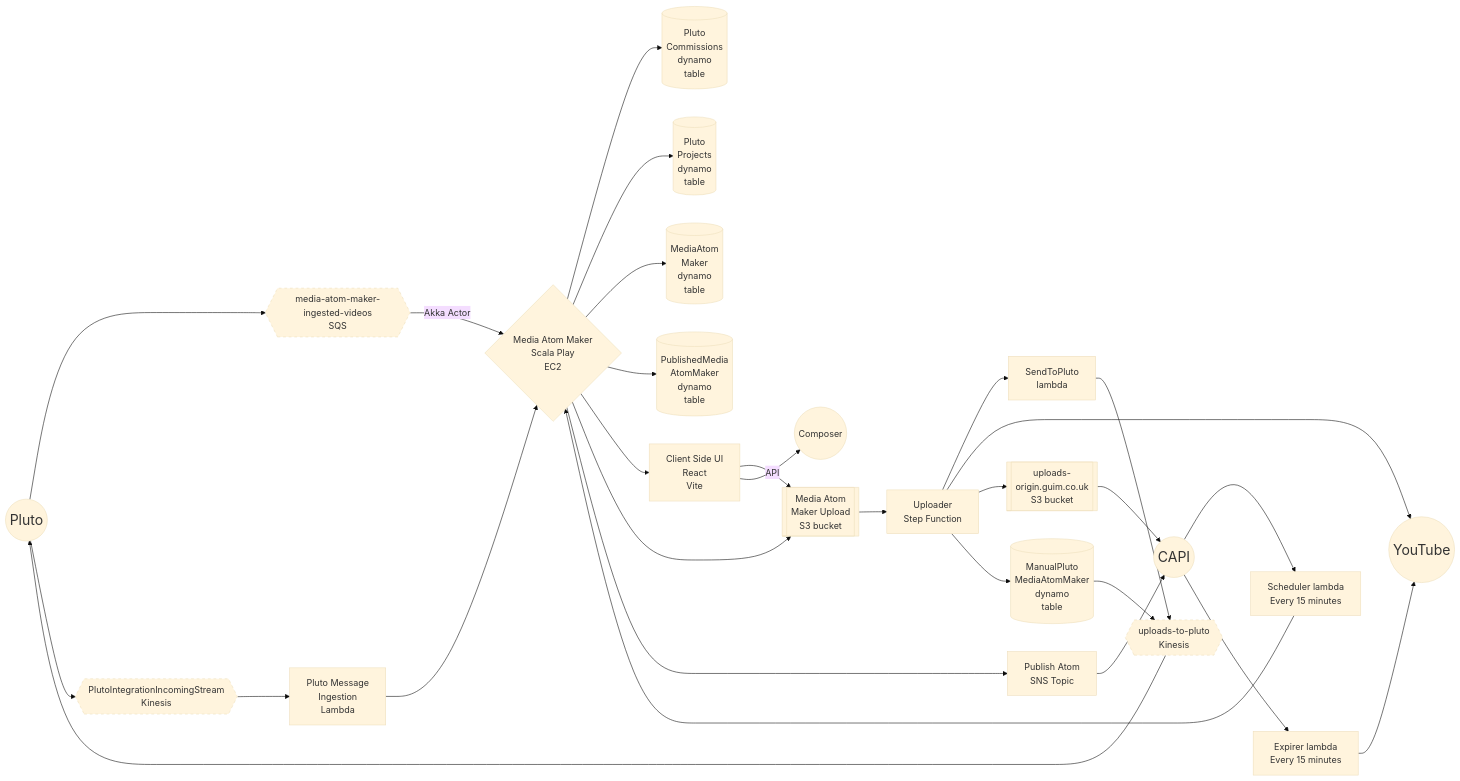
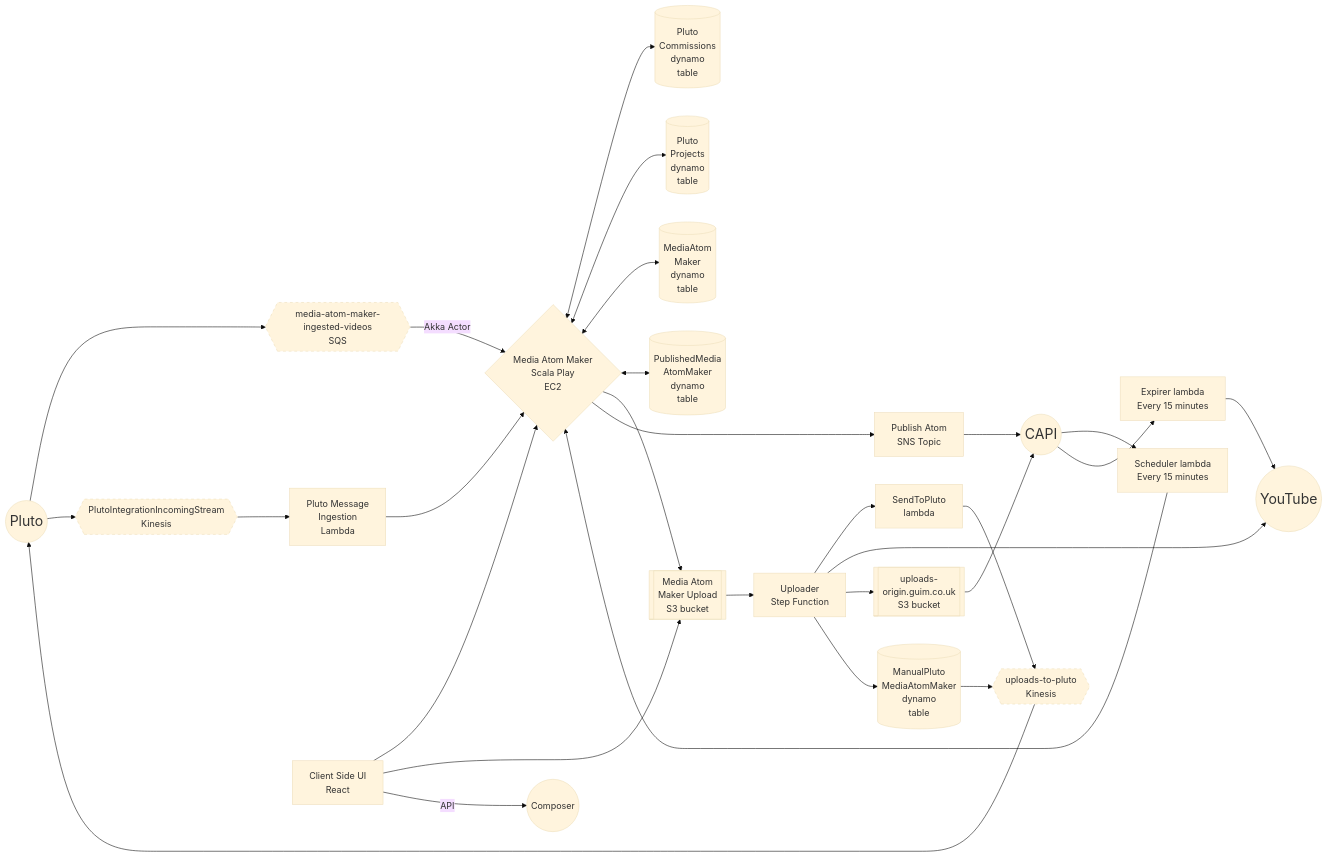
Before and after one commit to guardian/media-atom-maker: the diagram in docs/10-architecture.md, drawn with Mermaid (base theme). The commit also changed other lines of this file, not shown here.

Commit message:
Add detail to architecture documentation

````diff
--- a/docs/10-architecture.md
+++ b/docs/10-architecture.md
@@ -4,62 +5,44 @@
 ```mermaid
 graph LR
-    Pluto((Pluto)):::External
-    YouTube((YouTube)):::External
-    CAPI((CAPI)):::External
-    Composer((Composer))
-
-    uploads-to-pluto{{uploads-to-pluto<br/>Kinesis}}:::Stream
-    media-atom-maker-ingested-videos{{media-atom-maker-ingested-videos<br/>SQS}}:::Stream
-    PlutoIntegrationIncomingStream{{PlutoIntegrationIncomingStream<br/>Kinesis}}:::Stream
-
-    uploads-to-pluto --> Pluto
-    Pluto --> media-atom-maker-ingested-videos
-    Pluto --> PlutoIntegrationIncomingStream
-
-    SendToPluto[SendToPluto<br/>lambda] --> uploads-to-pluto
-
-    media-atom-maker-ingested-videos --> |Akka Actor| MediaAtomMaker{Media Atom Maker<br/>Scala Play<br/>EC2}
-
-    PlutoIntegrationIncomingStream --> PlutoMessage[Pluto Message<br/>Ingestion<br/>Lambda]
-
-    PlutoMessage --> MediaAtomMaker
-
-    MediaAtomMaker --> PlutoCommissions[(Pluto<br/>Commissions<br/>dynamo<br/>table)]
-    MediaAtomMaker --> PlutoProjects[(Pluto<br/>Projects<br/>dynamo<br/>table)]
-    MediaAtomMaker --> MediaAtomMakerProd[(MediaAtom<br/>Maker<br/>dynamo<br/>table)]
-    MediaAtomMaker --> PublishedMedia[(PublishedMedia<br/>AtomMaker<br/>dynamo<br/>table)]
-
-    MediaAtomMaker --> ClientSide[Client Side UI<br/>React<br/>Vite]
-    MediaAtomMaker --> MediaAtomMakerUpload[[Media Atom<br/>Maker Upload<br/>S3 bucket]]
-
-    ClientSide --> MediaAtomMakerUpload
-    ClientSide --> |API| Composer
-
-    MediaAtomMakerUpload --> Uploader
-
-    Uploader[Uploader<br/>Step Function]
-    Uploader --> SendToPluto
-    Uploader --> YouTube
-    Uploader --> UploadsOrigin[[uploads-<br/>origin.guim.co.uk<br/>S3 bucket]]
-    Uploader --> ManualPluto[(ManualPluto<br/>MediaAtomMaker<br/>dynamo<br/>table)]
-    ManualPluto --> uploads-to-pluto
-
-    UploadsOrigin --> CAPI
-
-    MediaAtomMaker --> PublishAtom[Publish Atom<br/>SNS Topic]
-
-    Scheduler[Scheduler lambda<br/>Every 15 minutes]
-    Scheduler --> MediaAtomMaker
-    CAPI --> Scheduler
-
-    PublishAtom --> CAPI
-
-
-    Expirer[Expirer lambda<br/>Every 15 minutes]
-
-    CAPI --> Expirer
-    Expirer --> YouTube
-
-    classDef External padding:50px, width:200px, font-size:25px
-    classDef Stream stroke-dasharray: 5 5
+  Pluto((Pluto)):::External
+  YouTube((YouTube)):::External
+  CAPI((CAPI)):::External
+  Composer((Composer))
+  uploads-to-pluto{{uploads-to-pluto<br/>Kinesis}}:::Stream
+  media-atom-maker-ingested-videos{{media-atom-maker-ingested-videos<br/>SQS}}:::Stream
+  PlutoIntegrationIncomingStream{{PlutoIntegrationIncomingStream<br/>Kinesis}}:::Stream
+  uploads-to-pluto --> Pluto
+  Pluto --> media-atom-maker-ingested-videos
+  Pluto --> PlutoIntegrationIncomingStream
+  SendToPluto[SendToPluto<br/>lambda] --> uploads-to-pluto
+  media-atom-maker-ingested-videos -->|Akka Actor| MediaAtomMaker{Media Atom Maker<br/>Scala Play<br/>EC2}
+  PlutoIntegrationIncomingStream --> PlutoMessage[Pluto Message<br/>Ingestion<br/>Lambda]
+  PlutoMessage --> MediaAtomMaker
+  MediaAtomMaker <--> PlutoCommissions[(Pluto<br/>Commissions<br/>dynamo<br/>table)]
+  MediaAtomMaker <--> PlutoProjects[(Pluto<br/>Projects<br/>dynamo<br/>table)]
+  MediaAtomMaker <--> MediaAtomMakerProd[(MediaAtom<br/>Maker<br/>dynamo<br/>table)]
+  MediaAtomMaker <--> PublishedMedia[(PublishedMedia<br/>AtomMaker<br/>dynamo<br/>table)]
+  MediaAtomMaker --> MediaAtomMakerUpload[[Media Atom<br/>Maker Upload<br/>S3 bucket]]
+  ClientSide[Client Side UI<br/>React<br/>]
+  ClientSide --> MediaAtomMaker
+  ClientSide --> MediaAtomMakerUpload
+  ClientSide -->|API| Composer
+  MediaAtomMakerUpload --> Uploader
+  Uploader[Uploader<br/>Step Function]
+  Uploader --> SendToPluto
+  Uploader --> YouTube
+  Uploader --> UploadsOrigin[[uploads-<br/>origin.guim.co.uk<br/>S3 bucket]]
+  Uploader --> ManualPluto[(ManualPluto<br/>MediaAtomMaker<br/>dynamo<br/>table)]
+  ManualPluto --> uploads-to-pluto
+  UploadsOrigin --> CAPI
+  MediaAtomMaker --> PublishAtom[Publish Atom<br/>SNS Topic]
+  Scheduler[Scheduler lambda<br/>Every 15 minutes]
+  Scheduler --> MediaAtomMaker
+  CAPI --> Scheduler
+  PublishAtom --> CAPI
+  Expirer[Expirer lambda<br/>Every 15 minutes]
+  CAPI --> Expirer
+  Expirer --> YouTube
+  classDef External padding: 50px, width: 200px, font-size: 25px
+  classDef Stream stroke-dasharray: 5 5
 ```
````
